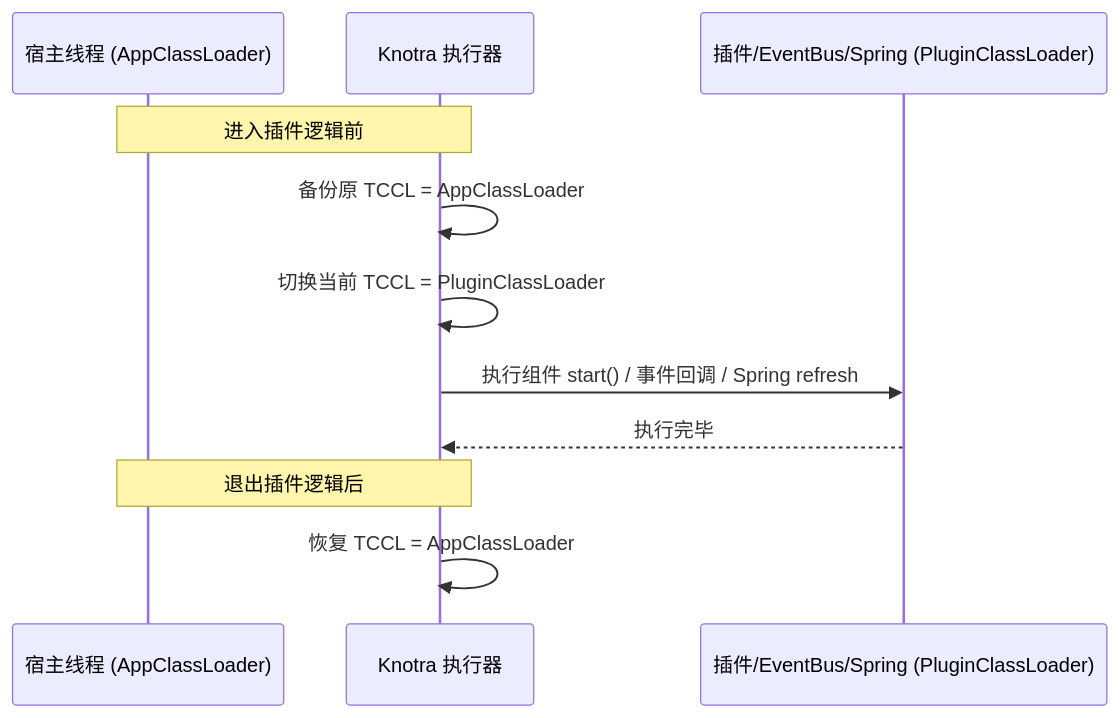
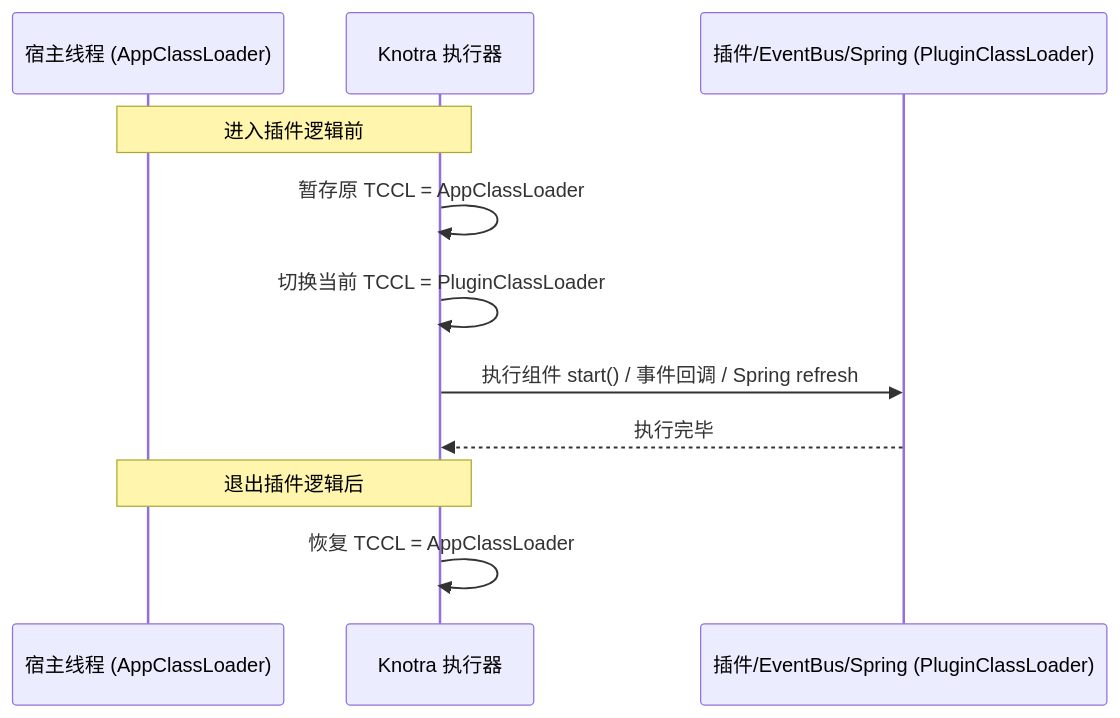
Before and after one commit to fjay/knotra: the second of 2 diagrams in docs/Knotra 线程模型与生产实践.md, drawn with Mermaid. The commit also changed other lines of this file and 7 other files, not shown here.

````diff
--- a/docs/Knotra 线程模型与生产实践.md
+++ b/docs/Knotra 线程模型与生产实践.md
@@ -58,16 +52,16 @@
 ```mermaid
 sequenceDiagram
     participant Host as 宿主线程 (AppClassLoader)
     participant Knotra as Knotra 执行器
     participant Plugin as 插件/EventBus/Spring (PluginClassLoader)
 
     Note over Host,Knotra: 进入插件逻辑前
-    Knotra->>Knotra: 备份原 TCCL = AppClassLoader
+    Knotra->>Knotra: 暂存原 TCCL = AppClassLoader
     Knotra->>Knotra: 切换当前 TCCL = PluginClassLoader
 
     Knotra->>Plugin: 执行组件 start() / 事件回调 / Spring refresh
     Plugin-->>Knotra: 执行完毕
 
     Note over Knotra,Host: 退出插件逻辑后
     Knotra->>Knotra: 恢复 TCCL = AppClassLoader
 ```
````
